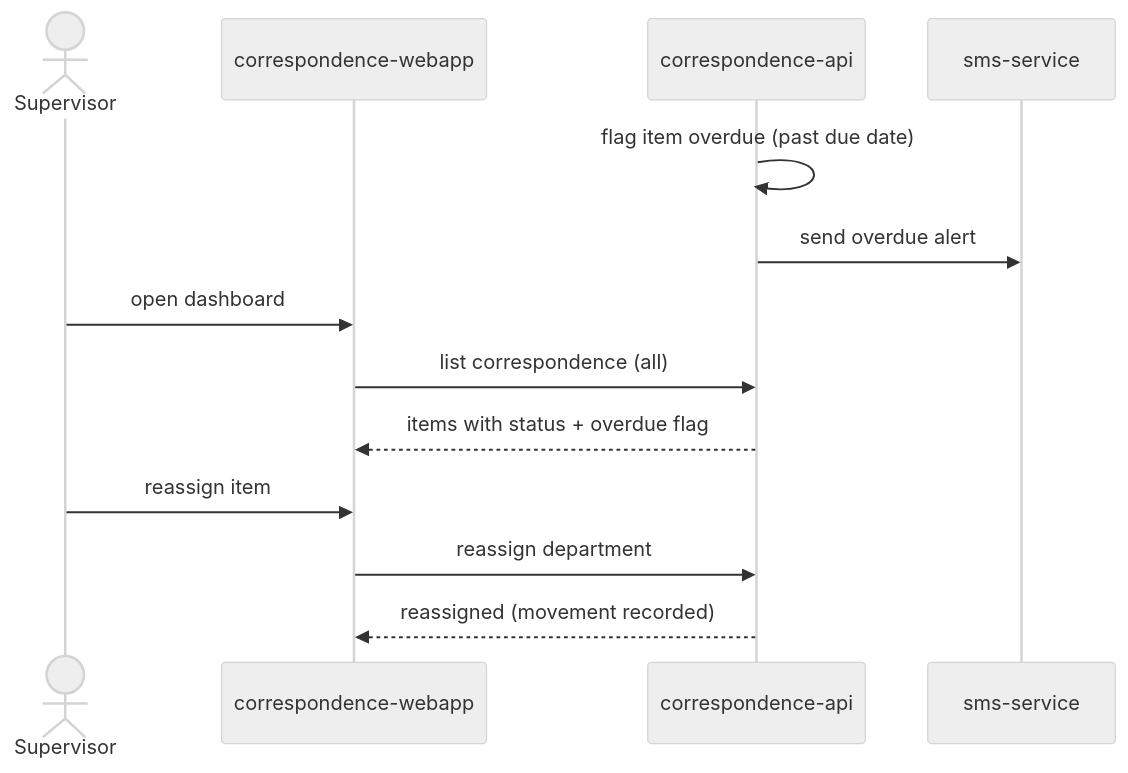
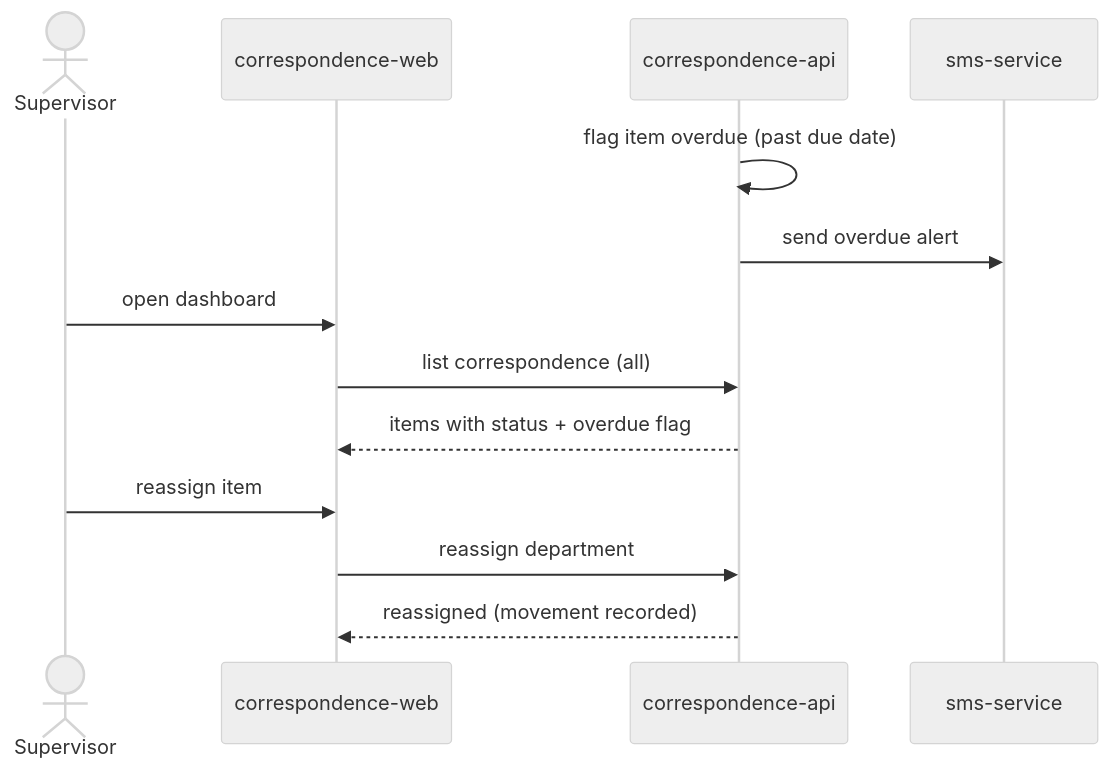
One commit to ae-demo/manage-incoming-correspondence changed the diagram in specs/design/flows/escalation-and-reassignment.md. Above: the diagram before and after it, drawn with Mermaid (neutral theme). The commit also changed 57 other files, not shown here.

First line of the commit message:
rename correspondence-webapp to correspondence-web

````diff
--- a/specs/design/flows/escalation-and-reassignment.md
+++ b/specs/design/flows/escalation-and-reassignment.md
@@ -6,18 +6,18 @@
 ```mermaid
 sequenceDiagram
     actor Supervisor
-    participant correspondencewebapp as correspondence-webapp
+    participant correspondenceweb as correspondence-web
     participant correspondenceapi as correspondence-api
     participant smsservice as sms-service
 
     correspondenceapi->>correspondenceapi: flag item overdue (past due date)
     correspondenceapi->>smsservice: send overdue alert
 
-    Supervisor->>correspondencewebapp: open dashboard
-    correspondencewebapp->>correspondenceapi: list correspondence (all)
-    correspondenceapi-->>correspondencewebapp: items with status + overdue flag
+    Supervisor->>correspondenceweb: open dashboard
+    correspondenceweb->>correspondenceapi: list correspondence (all)
+    correspondenceapi-->>correspondenceweb: items with status + overdue flag
 
-    Supervisor->>correspondencewebapp: reassign item
-    correspondencewebapp->>correspondenceapi: reassign department
-    correspondenceapi-->>correspondencewebapp: reassigned (movement recorded)
+    Supervisor->>correspondenceweb: reassign item
+    correspondenceweb->>correspondenceapi: reassign department
+    correspondenceapi-->>correspondenceweb: reassigned (movement recorded)
 ```
````
